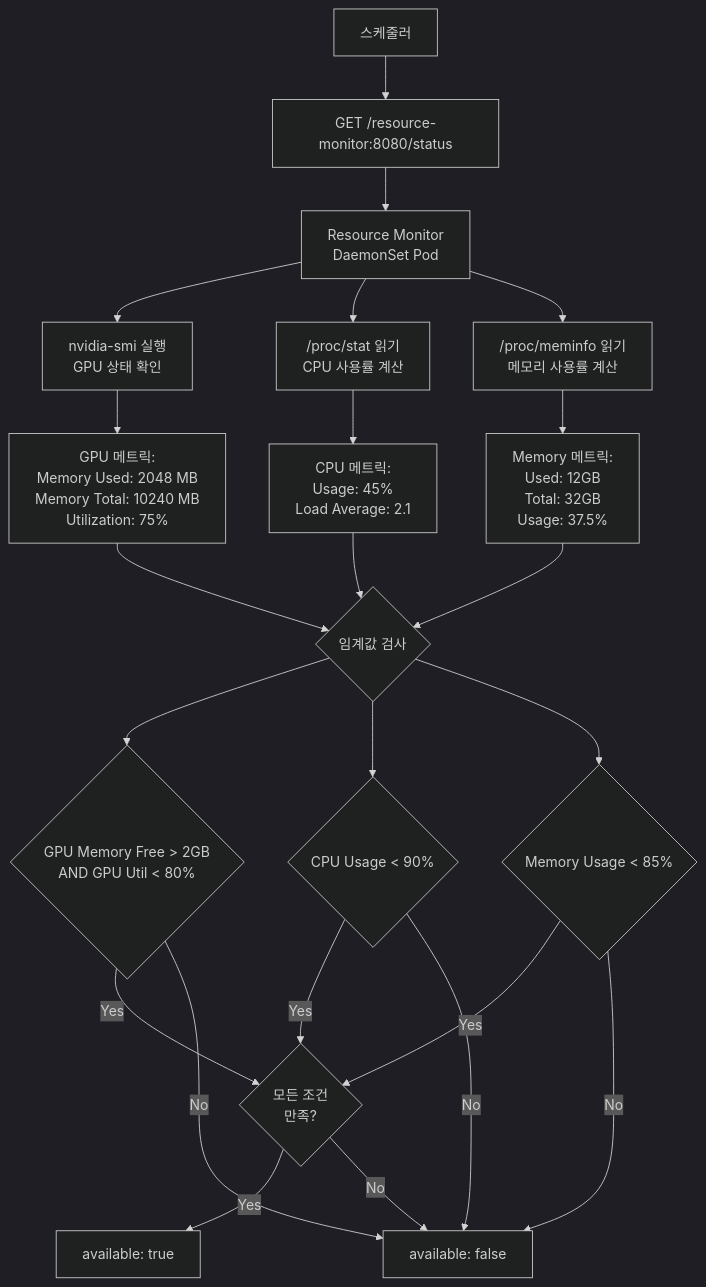
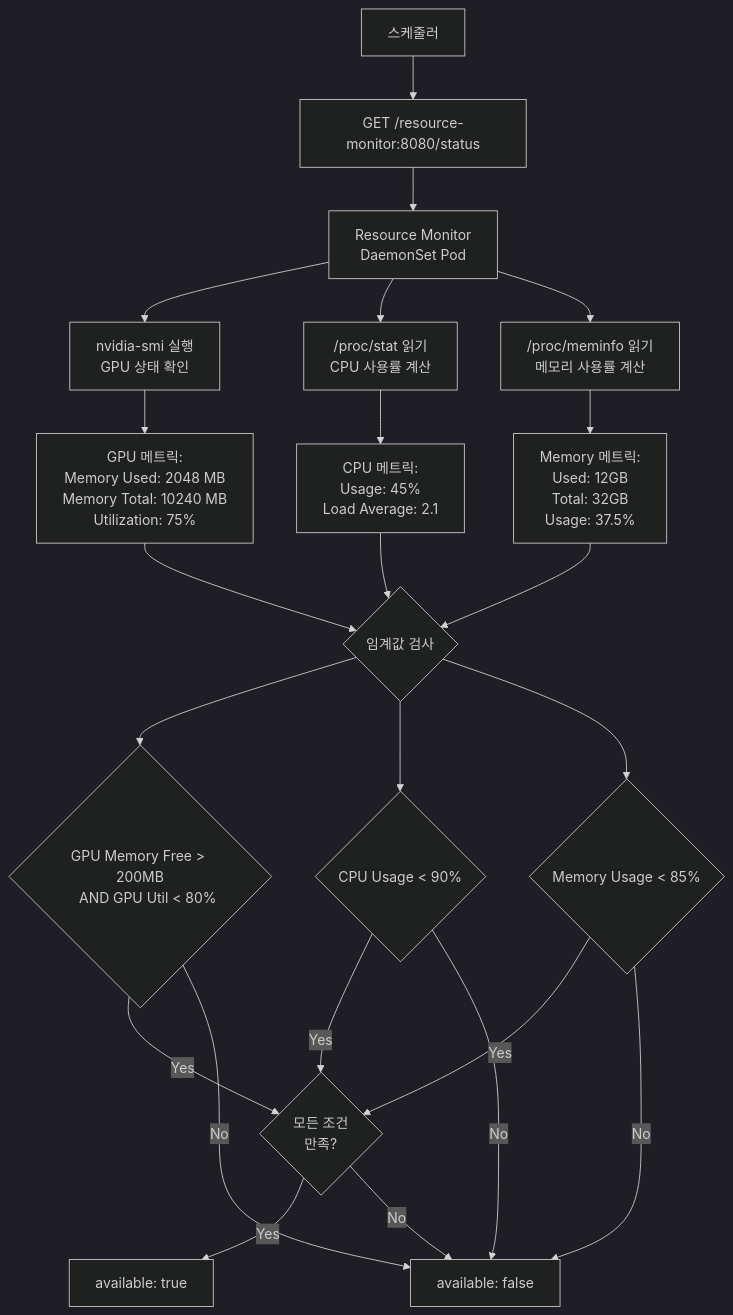
One commit to DGU-CSDC-Lab/k8s-multi-container-system changed the fourth of 7 diagrams in data_flow_chart.md. Above: the diagram before and after it, drawn with Mermaid (dark theme).

Commit message:
docs: 문서 수정

````diff
--- a/data_flow_chart.md
+++ b/data_flow_chart.md
@@ -138,48 +138,48 @@
 ```mermaid
 flowchart TD
     SCHEDULER[스케줄러] --> RESOURCE_REQ[GET /resource-monitor:8080/status]
     RESOURCE_REQ --> RESOURCE_MON["Resource Monitor
     DaemonSet Pod"]
     
     RESOURCE_MON --> GPU_CHECK["nvidia-smi 실행
     GPU 상태 확인"]
     RESOURCE_MON --> CPU_CHECK["/proc/stat 읽기
     CPU 사용률 계산"]
     RESOURCE_MON --> MEM_CHECK["/proc/meminfo 읽기
     메모리 사용률 계산"]
     
     GPU_CHECK --> GPU_METRICS["GPU 메트릭:
     Memory Used: 2048 MB
     Memory Total: 10240 MB
     Utilization: 75%"]
     
     CPU_CHECK --> CPU_METRICS["CPU 메트릭:
     Usage: 45%
     Load Average: 2.1"]
     
     MEM_CHECK --> MEM_METRICS["Memory 메트릭:
     Used: 12GB
     Total: 32GB
     Usage: 37.5%"]
     
     GPU_METRICS --> THRESHOLD_CHECK{임계값 검사}
     CPU_METRICS --> THRESHOLD_CHECK
     MEM_METRICS --> THRESHOLD_CHECK
     
-    THRESHOLD_CHECK --> GPU_OK{"GPU Memory Free > 2GB
+    THRESHOLD_CHECK --> GPU_OK{"GPU Memory Free > 200MB
     AND GPU Util < 80%"}
     THRESHOLD_CHECK --> CPU_OK{CPU Usage < 90%}
     THRESHOLD_CHECK --> MEM_OK{Memory Usage < 85%}
     
     GPU_OK -->|Yes| AND_GATE{"모든 조건
     만족?"}
     CPU_OK -->|Yes| AND_GATE
     MEM_OK -->|Yes| AND_GATE
     
     GPU_OK -->|No| NOT_AVAILABLE[available: false]
     CPU_OK -->|No| NOT_AVAILABLE
     MEM_OK -->|No| NOT_AVAILABLE
     
     AND_GATE -->|Yes| AVAILABLE[available: true]
     AND_GATE -->|No| NOT_AVAILABLE
 ```
````
